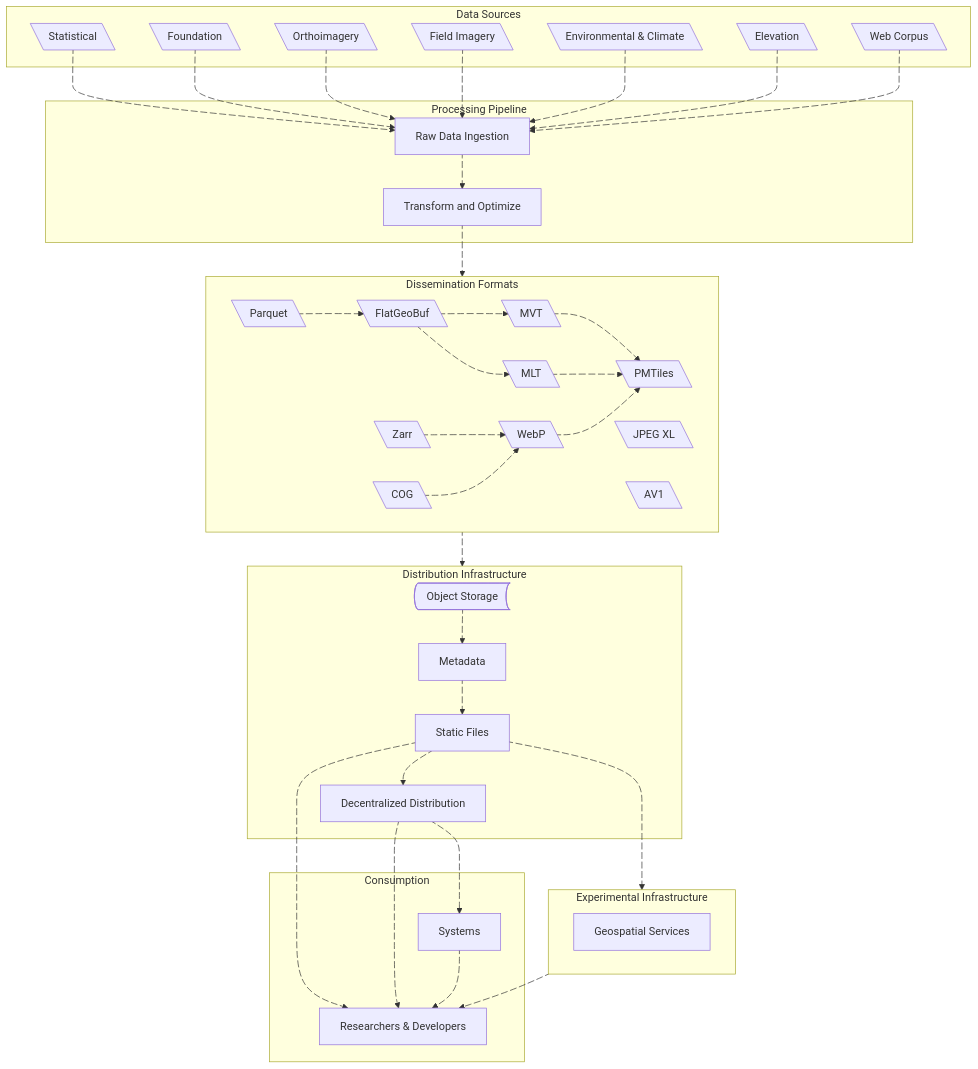
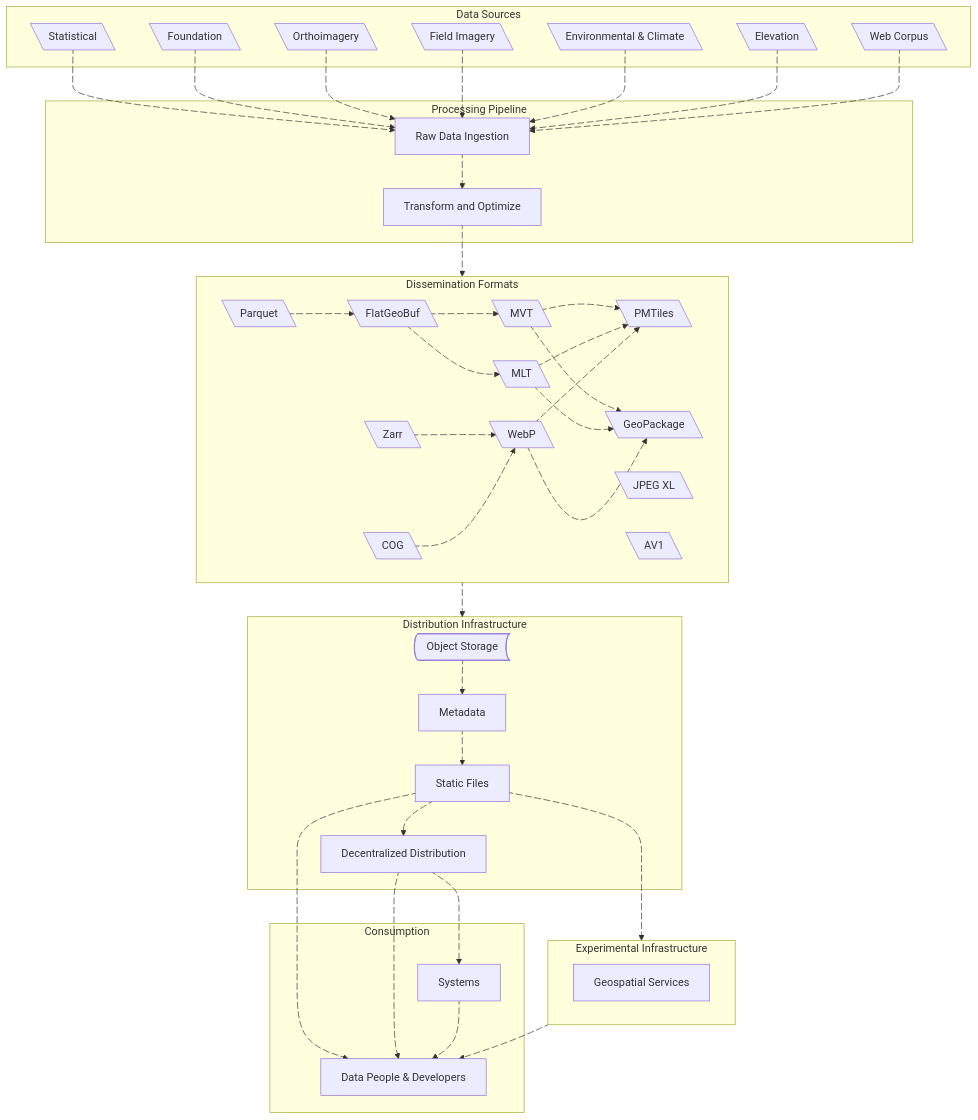
Before and after one commit to dataforcanada/.github: the diagram in profile/README.md, drawn with Mermaid. The commit also changed other lines of this file, not shown here.

```diff
--- a/profile/README.md
+++ b/profile/README.md
@@ -58,6 +60,7 @@
         MVT@{ shape: lean-l}
         MLT@{ shape: lean-l}
         PMTiles@{ shape: lean-l}
+        GeoPackage@{ shape: lean-l}
         COG@{ shape: lean-l}
         Zarr@{ shape: lean-l}
         WebP@{ shape: lean-l}
@@ -83,7 +86,7 @@
     end
 
     subgraph "Consumption"
-        DataSci@{ shape: rect, label: "Researchers & Developers"}
+        DataSci@{ shape: rect, label: "Data People & Developers"}
         Systems@{ shape: rect, label: "Systems"}
     end
 
@@ -114,8 +117,12 @@
     a91@{animate: true, animation: slow}
     MVT a90@ --> PMTiles
     a90@{animate: true, animation: slow}
+    MVT a96@ --> GeoPackage
+    a96@{animate: true, animation: slow}
     MLT a92@ --> PMTiles
     a92@{animate: true, animation: slow}
+    MLT a95@ --> GeoPackage
+    a95@{animate: true, animation: slow}
     Zarr a12@ --> WebP
     a12@{animate: true, animation: slow}
     df a13@ --> di
@@ -124,6 +131,8 @@
     a14@{animate: true, animation: slow}
     WebP a93@--> PMTiles 
     a93@{animate: true, animation: slow}
+    WebP a94@--> GeoPackage
+    a94@{animate: true, animation: slow}
     ObjectStorage a15@--> Metadata
     a15@{animate: true, animation: slow}
     Metadata a16@--> HTTP
@@ -154,6 +163,7 @@
 
     click Parquet "https://github.com/apache/parquet-format/" _blank
     click FlatGeoBuf "https://flatgeobuf.org/" _blank
+    click GeoPackage "https://www.geopackage.org/" _blank
     click MVT "https://github.com/mapbox/vector-tile-spec/" _blank
     click MLT "https://github.com/maplibre/maplibre-tile-spec/" _blank
     click COG "https://cogeo.org/" _blank
```
